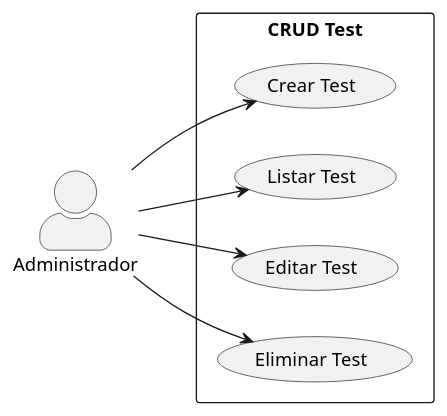
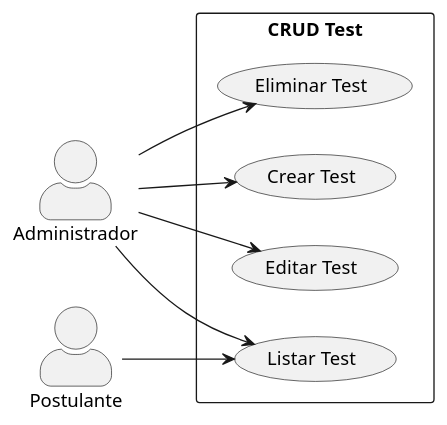
The diagram in casos_de_uso/diagramas_casos_de_uso/crud_test.puml (Dievex/24-25-IdSw1-SDR), drawn with PlantUML before and after one commit. The commit also changed 1 other file, not shown here.

Commit message:
docs(use_case_diagrams): add postulante and becario access to list operations

```diff
--- a/casos_de_uso/diagramas_casos_de_uso/crud_test.puml
+++ b/casos_de_uso/diagramas_casos_de_uso/crud_test.puml
@@ -1,19 +1,21 @@
 @startuml
 skinparam actorStyle awesome
 left to right direction
 actor "Administrador" as Admin
 
 rectangle "CRUD Test" {
   usecase "Crear Test" as CrearTest
   usecase "Listar Test" as ListarTest
   usecase "Editar Test" as EditarTest
   usecase "Eliminar Test" as EliminarTest
 }
 
 Admin --> CrearTest
 Admin --> ListarTest
 Admin --> EditarTest
 Admin --> EliminarTest
 
+Postulante --> ListarTest
+
 
 @enduml
```
